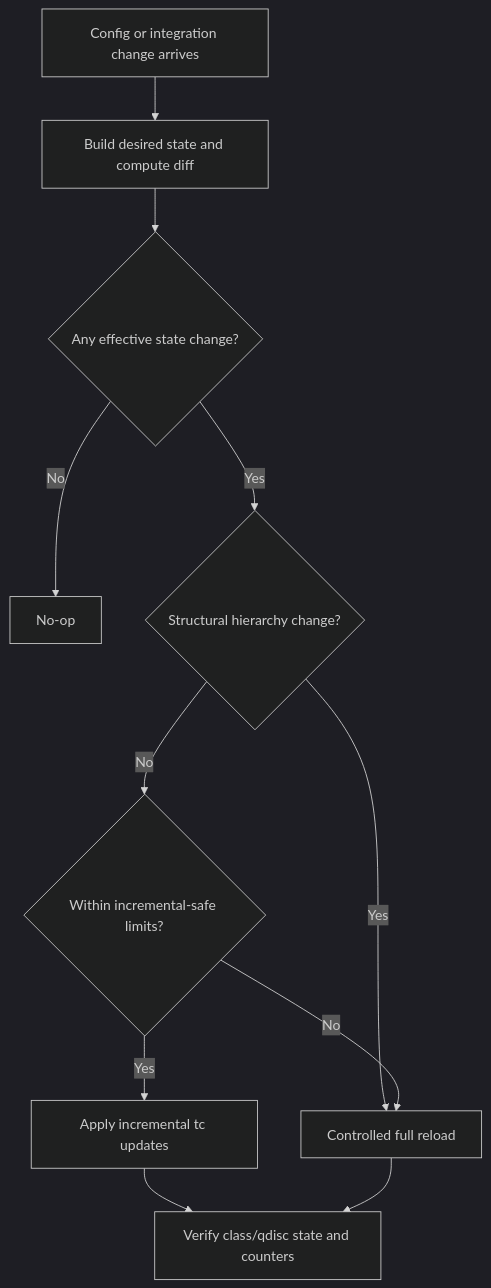
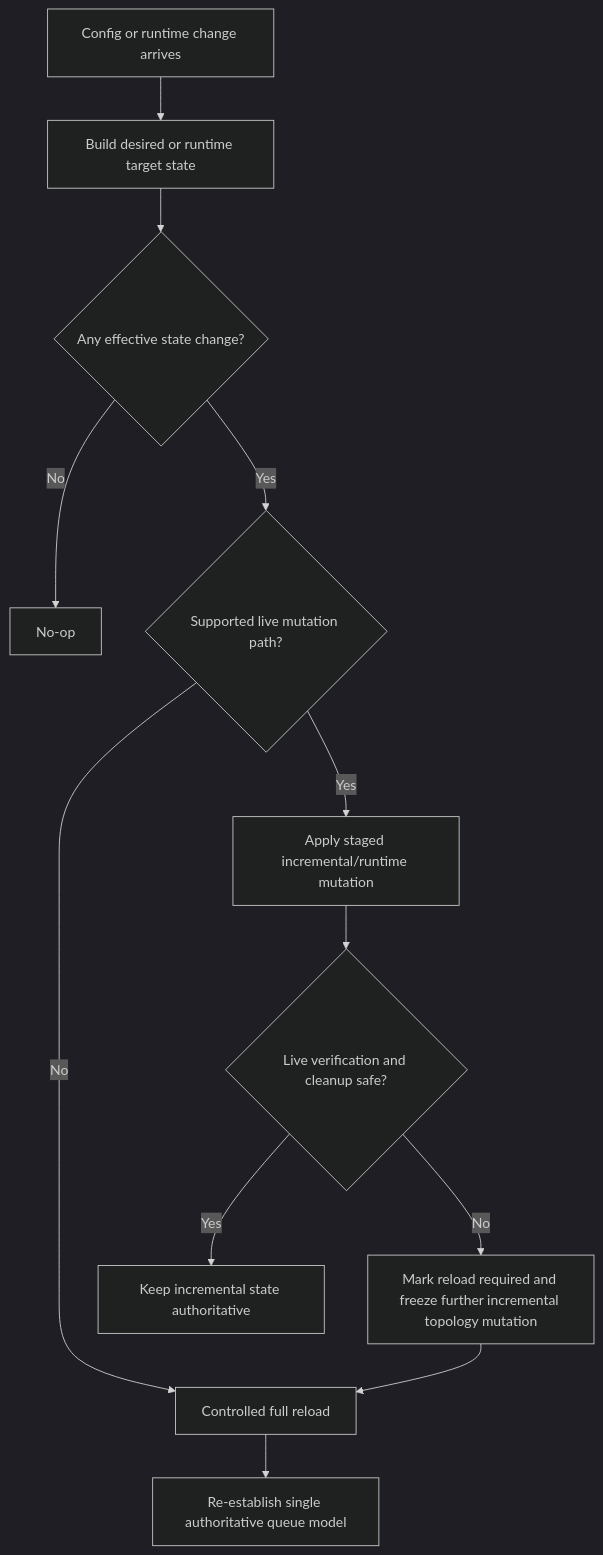
Before and after one commit to LibreQoE/LibreQoS: the third of 3 diagrams in docs/v2.0/libreqos-backend-architecture.md, drawn with Mermaid (dark theme). The commit also changed other lines of this file and 29 other files, not shown here.

````diff
--- a/docs/v2.0/libreqos-backend-architecture.md
+++ b/docs/v2.0/libreqos-backend-architecture.md
@@ -260,13 +260,14 @@
 ```{mermaid}
 flowchart TD
-    A[Config or integration change arrives] --> B[Build desired state and compute diff]
+    A[Config or runtime change arrives] --> B[Build desired or runtime target state]
     B --> C{Any effective state change?}
     C -->|No| D[No-op]
-    C -->|Yes| E{Structural hierarchy change?}
-    E -->|Yes| F[Controlled full reload]
-    E -->|No| G{Within incremental-safe limits?}
-    G -->|Yes| H[Apply incremental tc updates]
-    G -->|No| F
-    H --> I[Verify class/qdisc state and counters]
-    F --> I
+    C -->|Yes| E{Supported live mutation path?}
+    E -->|No| F[Controlled full reload]
+    E -->|Yes| G[Apply staged incremental/runtime mutation]
+    G --> H{Live verification and cleanup safe?}
+    H -->|Yes| I[Keep incremental state authoritative]
+    H -->|No| J[Mark reload required and freeze further incremental topology mutation]
+    J --> F
+    F --> K[Re-establish single authoritative queue model]
 ```
````
